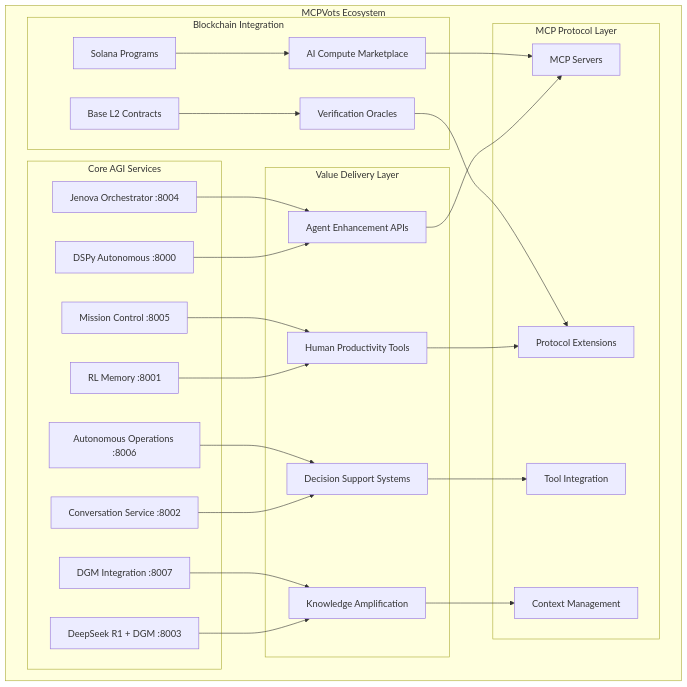
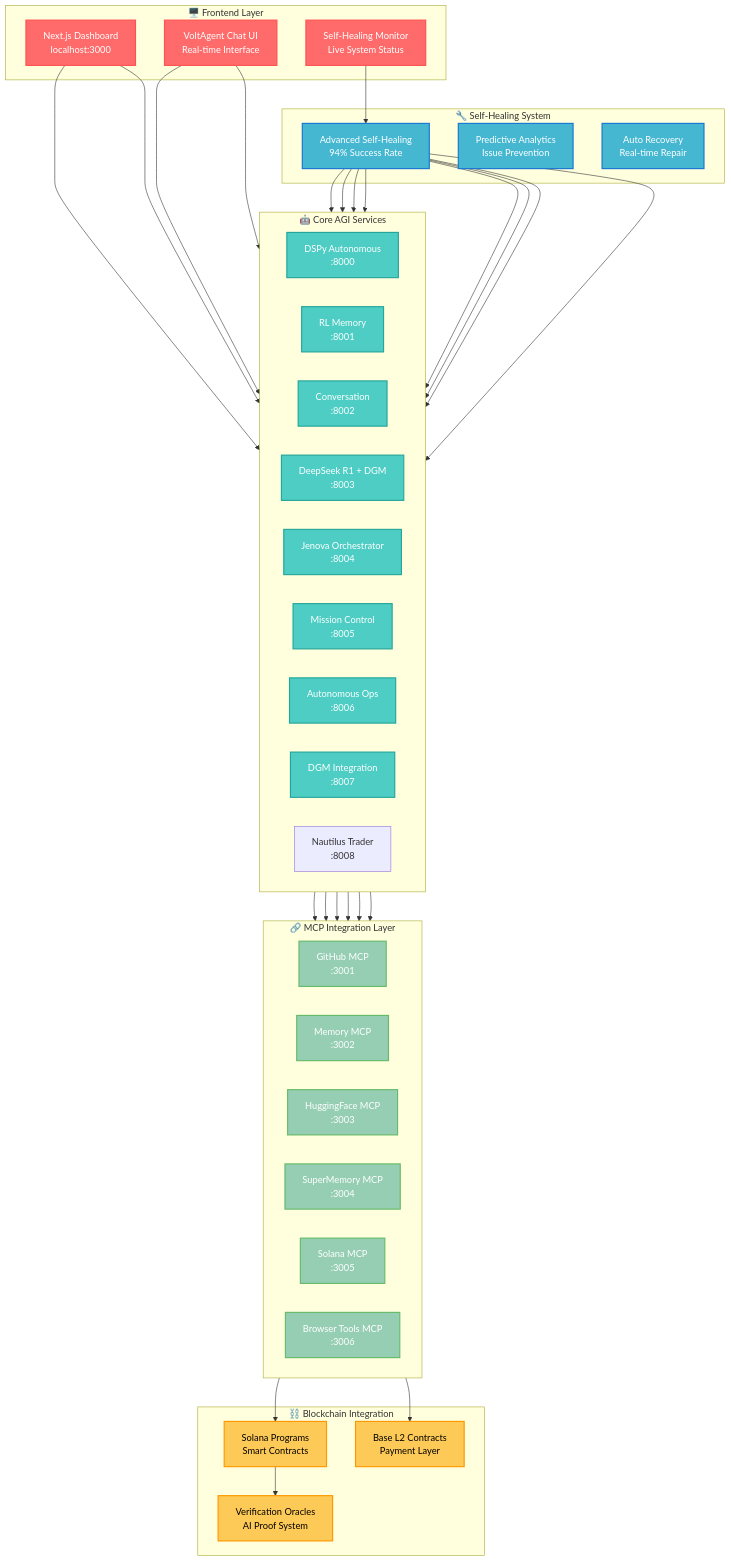
The diagram in README.md (MCPVOTS/MCPVOTS), drawn with Mermaid before and after one commit. The commit also changed other lines of this file and 20 other files, not shown here.

````diff
--- a/README.md
+++ b/README.md
@@ -64,55 +68,82 @@
 ```mermaid
 graph TB
-    subgraph "MCPVots Ecosystem"
-        subgraph "Core AGI Services"
-            A[DSPy Autonomous :8000]
-            B[RL Memory :8001]
-            C[Conversation Service :8002]
-            D[DeepSeek R1 + DGM :8003]
-            E[Jenova Orchestrator :8004]
-            F[Mission Control :8005]
-            G[Autonomous Operations :8006]
-            H[DGM Integration :8007]
-        end
-        
-        subgraph "Value Delivery Layer"
-            I[Agent Enhancement APIs]
-            J[Human Productivity Tools]
-            K[Decision Support Systems]
-            L[Knowledge Amplification]
-        end
-        
-        subgraph "Blockchain Integration"
-            M[Solana Programs]
-            N[Base L2 Contracts]
-            O[AI Compute Marketplace]
-            P[Verification Oracles]
-        end
-        
-        subgraph "MCP Protocol Layer"
-            Q[MCP Servers]
-            R[Protocol Extensions]
-            S[Tool Integration]
-            T[Context Management]
-        end
+    subgraph "🖥️ Frontend Layer"
+        UI[Next.js Dashboard<br/>localhost:3000]
+        CHAT[VoltAgent Chat UI<br/>Real-time Interface]
+        MONITOR[Self-Healing Monitor<br/>Live System Status]
     end
     
-    A --> I
-    B --> J
-    C --> K
-    D --> L
-    E --> I
-    F --> J
-    G --> K
-    H --> L
+    subgraph "🤖 Core AGI Services"
+        direction LR
+        AGI1[DSPy Autonomous<br/>:8000]
+        AGI2[RL Memory<br/>:8001] 
+        AGI3[Conversation<br/>:8002]
+        AGI4[DeepSeek R1 + DGM<br/>:8003]
+        AGI5[Jenova Orchestrator<br/>:8004]
+        AGI6[Mission Control<br/>:8005]
+        AGI7[Autonomous Ops<br/>:8006]
+        AGI8[DGM Integration<br/>:8007]
+        AGI9[Nautilus Trader<br/>:8008]
+    end
     
-    I --> Q
-    J --> R
-    K --> S
-    L --> T
+    subgraph "🔧 Self-Healing System"
+        HEAL[Advanced Self-Healing<br/>94% Success Rate]
+        PRED[Predictive Analytics<br/>Issue Prevention]
+        RECOVERY[Auto Recovery<br/>Real-time Repair]
+    end
     
-    M --> O
-    N --> P
-    O --> Q
-    P --> R
+    subgraph "🔗 MCP Integration Layer"
+        direction LR
+        MCP1[GitHub MCP<br/>:3001]
+        MCP2[Memory MCP<br/>:3002]
+        MCP3[HuggingFace MCP<br/>:3003]
+        MCP4[SuperMemory MCP<br/>:3004]
+        MCP5[Solana MCP<br/>:3005]
+        MCP6[Browser Tools MCP<br/>:3006]
+    end
+    
+    subgraph "⛓️ Blockchain Integration"
+        SOLANA[Solana Programs<br/>Smart Contracts]
+        BASE[Base L2 Contracts<br/>Payment Layer]
+        ORACLE[Verification Oracles<br/>AI Proof System]
+    end
+    
+    %% Connections
+    UI --> AGI1
+    UI --> AGI5
+    CHAT --> AGI3
+    CHAT --> AGI4
+    MONITOR --> HEAL
+    
+    AGI1 --> MCP1
+    AGI2 --> MCP2
+    AGI3 --> MCP3
+    AGI4 --> MCP4
+    AGI5 --> MCP5
+    AGI6 --> MCP6
+    
+    HEAL --> AGI1
+    HEAL --> AGI2
+    HEAL --> AGI3
+    HEAL --> AGI4
+    HEAL --> AGI5
+    HEAL --> AGI6
+    HEAL --> AGI7
+    HEAL --> AGI8
+    
+    MCP5 --> SOLANA
+    MCP5 --> BASE
+    SOLANA --> ORACLE
+    
+    classDef frontend fill:#ff6b6b,stroke:#ff5252,stroke-width:2px,color:#fff
+    classDef agi fill:#4ecdc4,stroke:#26a69a,stroke-width:2px,color:#fff  
+    classDef healing fill:#45b7d1,stroke:#1976d2,stroke-width:2px,color:#fff
+    classDef mcp fill:#96ceb4,stroke:#66bb6a,stroke-width:2px,color:#fff
+    classDef blockchain fill:#feca57,stroke:#ff9800,stroke-width:2px,color:#000
+    
+    class UI,CHAT,MONITOR frontend
+    class AGI1,AGI2,AGI3,AGI4,AGI5,AGI6,AGI7,AGI8 agi
+    class HEAL,PRED,RECOVERY healing
+    class MCP1,MCP2,MCP3,MCP4,MCP5,MCP6 mcp
+    class SOLANA,BASE,ORACLE blockchain
 ```
````
